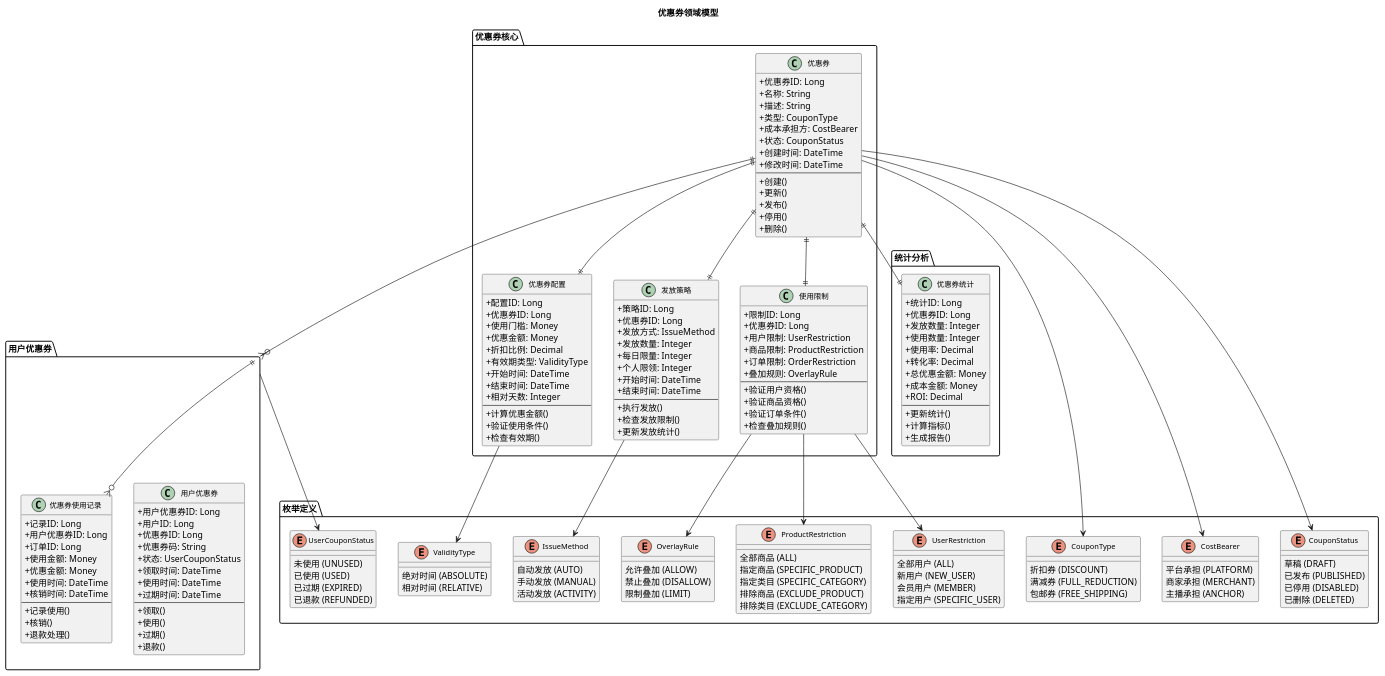
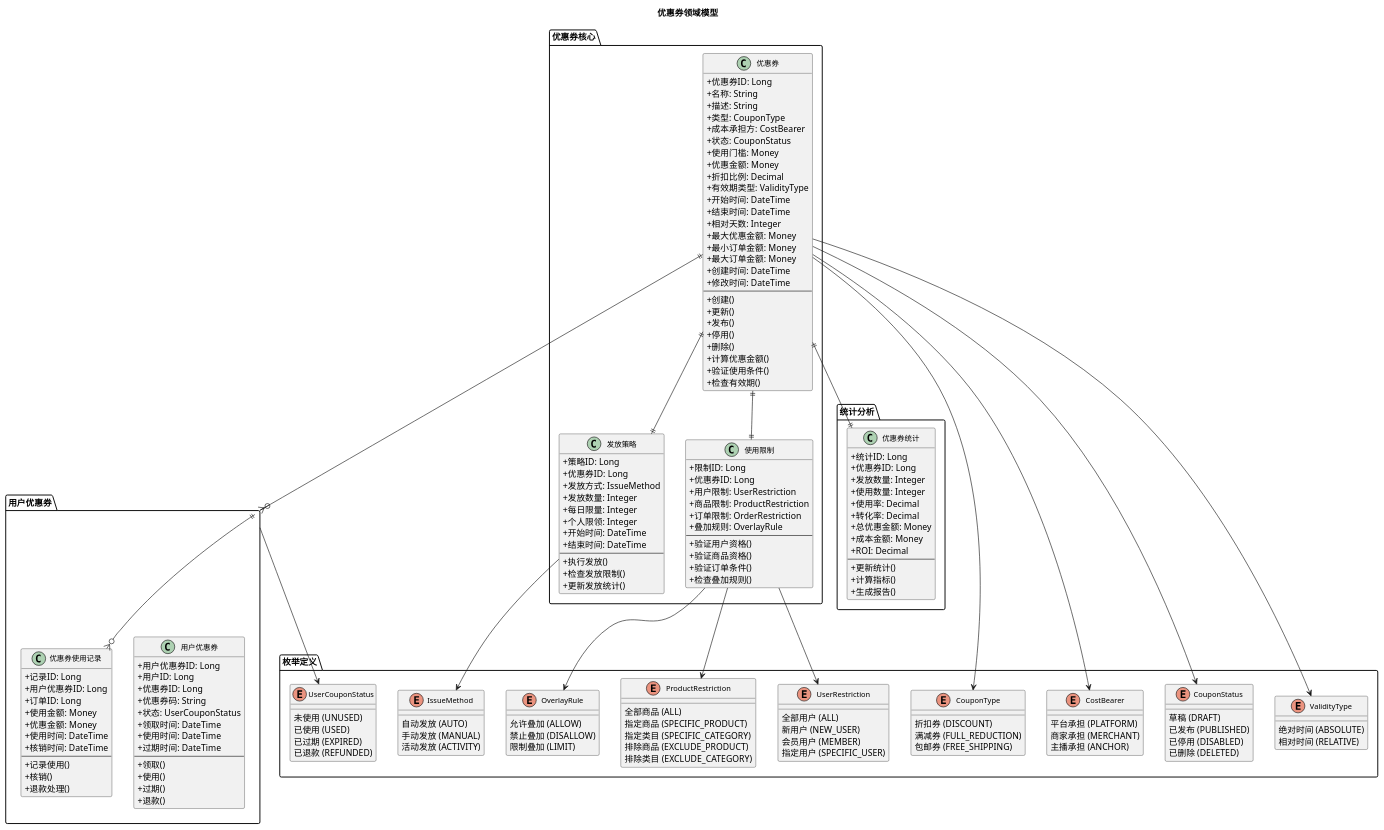
Before and after one commit to red-jasmine/framework: the diagram in docs/coupon/model.puml, drawn with PlantUML. The commit also changed 2 other files, not shown here.

```diff
--- a/docs/coupon/model.puml
+++ b/docs/coupon/model.puml
@@ -15,6 +15,16 @@
     +类型: CouponType
     +成本承担方: CostBearer
     +状态: CouponStatus
+    +使用门槛: Money
+    +优惠金额: Money
+    +折扣比例: Decimal
+    +有效期类型: ValidityType
+    +开始时间: DateTime
+    +结束时间: DateTime
+    +相对天数: Integer
+    +最大优惠金额: Money
+    +最小订单金额: Money
+    +最大订单金额: Money
     +创建时间: DateTime
     +修改时间: DateTime
     --
@@ -23,19 +33,6 @@
     +发布()
     +停用()
     +删除()
-  }
-
-  class 优惠券配置 {
-    +配置ID: Long
-    +优惠券ID: Long
-    +使用门槛: Money
-    +优惠金额: Money
-    +折扣比例: Decimal
-    +有效期类型: ValidityType
-    +开始时间: DateTime
-    +结束时间: DateTime
-    +相对天数: Integer
-    --
     +计算优惠金额()
     +验证使用条件()
     +检查有效期()
@@ -182,7 +179,6 @@
 }
 
 ' 关系定义
-优惠券 ||--|| 优惠券配置
 优惠券 ||--|| 发放策略
 优惠券 ||--|| 使用限制
 优惠券 ||--o{ 用户优惠券
@@ -193,7 +189,7 @@
 优惠券 --> CouponType
 优惠券 --> CostBearer
 优惠券 --> CouponStatus
-优惠券配置 --> ValidityType
+优惠券 --> ValidityType
 发放策略 --> IssueMethod
 用户优惠券 --> UserCouponStatus
 使用限制 --> UserRestriction
```
